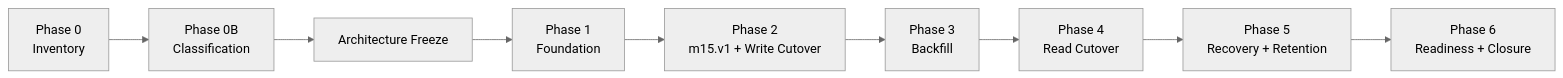
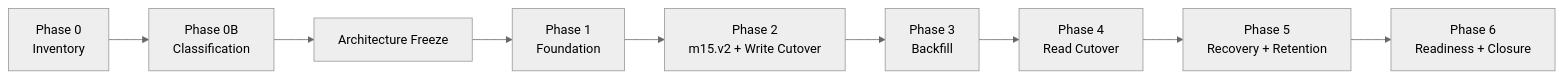
One commit to baciuionut1983/ai-hair-architect changed the diagram in docs/milestones/M15_ARCHITECTURE_FREEZE.md. Above: the diagram before and after it, drawn with Mermaid (neutral theme). The commit also changed other lines of this file and 2 other files, not shown here.

Commit message:
docs(wp2h0): freeze m15 v2 hybrid backup architecture

````diff
--- a/docs/milestones/M15_ARCHITECTURE_FREEZE.md
+++ b/docs/milestones/M15_ARCHITECTURE_FREEZE.md
@@ -231,11 +235,11 @@
 ```mermaid
 flowchart LR
     P0[Phase 0<br/>Inventory] --> P0B[Phase 0B<br/>Classification]
     P0B --> AF[Architecture Freeze]
     AF --> P1[Phase 1<br/>Foundation]
-    P1 --> P2[Phase 2<br/>m15.v1 + Write Cutover]
+    P1 --> P2[Phase 2<br/>m15.v2 + Write Cutover]
     P2 --> P3[Phase 3<br/>Backfill]
     P3 --> P4[Phase 4<br/>Read Cutover]
     P4 --> P5[Phase 5<br/>Recovery + Retention]
     P5 --> P6[Phase 6<br/>Readiness + Closure]
 ```
````
